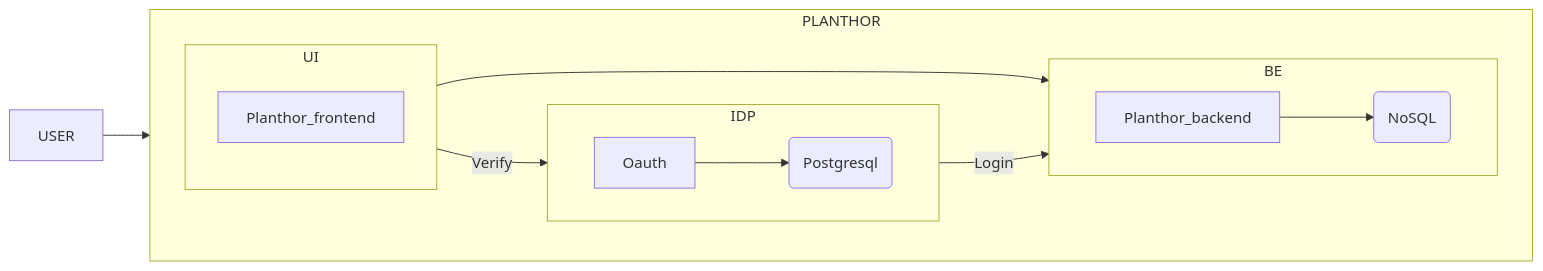
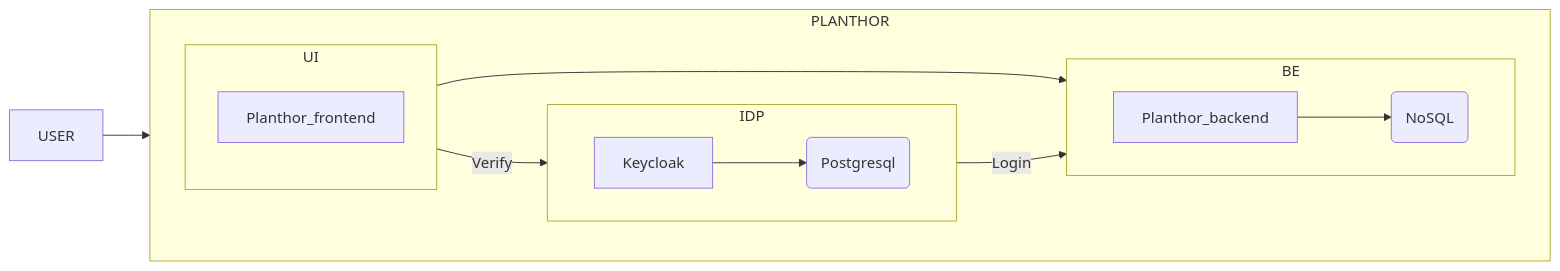
Before and after one commit to Planthor/planthor-documentation: the first of 2 diagrams in README.md, drawn with Mermaid. The commit also changed other lines of this file and 1 other file, not shown here.

Commit message:
Implement Keycloak as Planthor IDP solution

````diff
--- a/README.md
+++ b/README.md
@@ -15,24 +15,24 @@
 ```mermaid
 flowchart LR
   direction LR
   subgraph PLANTHOR
     subgraph UI
         Planthor_frontend
     end
     subgraph IDP
         direction LR
-        Oauth --> user_db(Postgresql)
+        Keycloak --> user_db(Postgresql)
     end
     UI -- Verify --> IDP
     subgraph BE
       direction LR 
       Planthor_backend --> planthor_be_db(NoSQL)
     end
     direction LR
     UI --> BE
     IDP -- Login --> BE
   end
   
   USER --> PLANTHOR 
   
 ```
````
